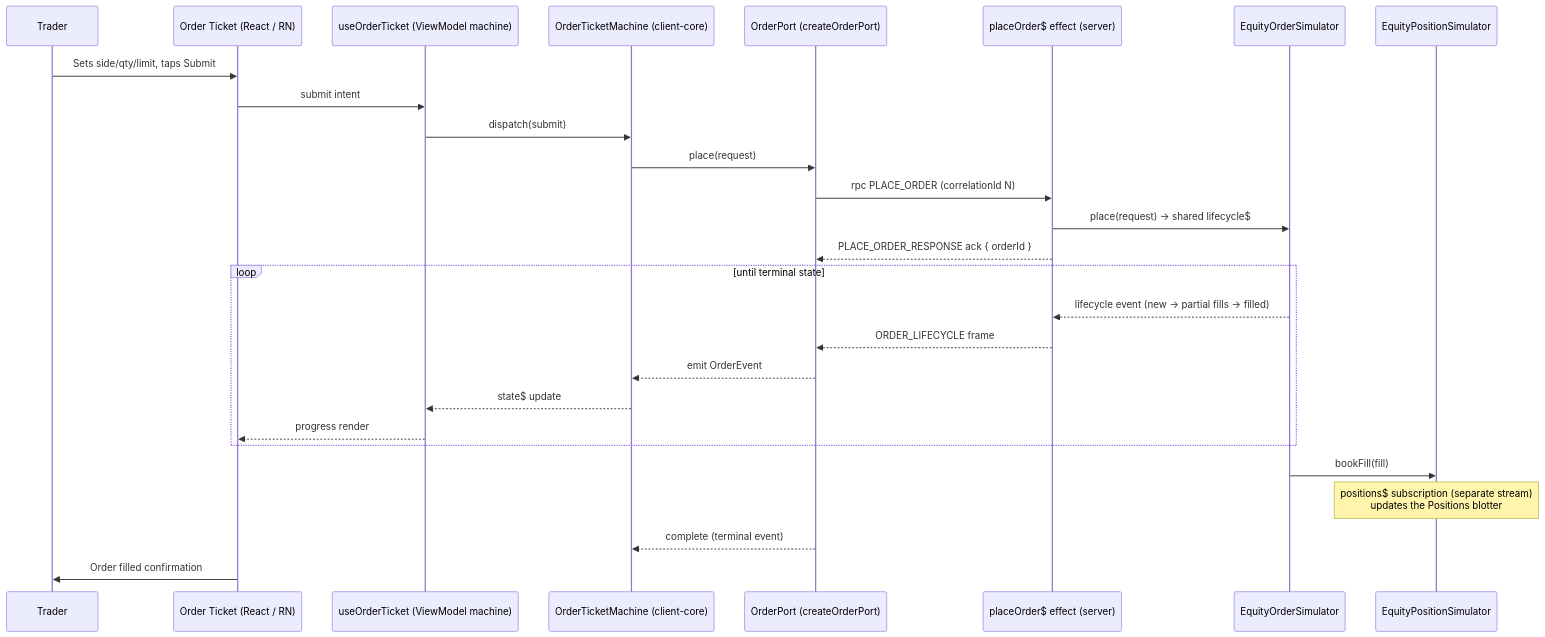
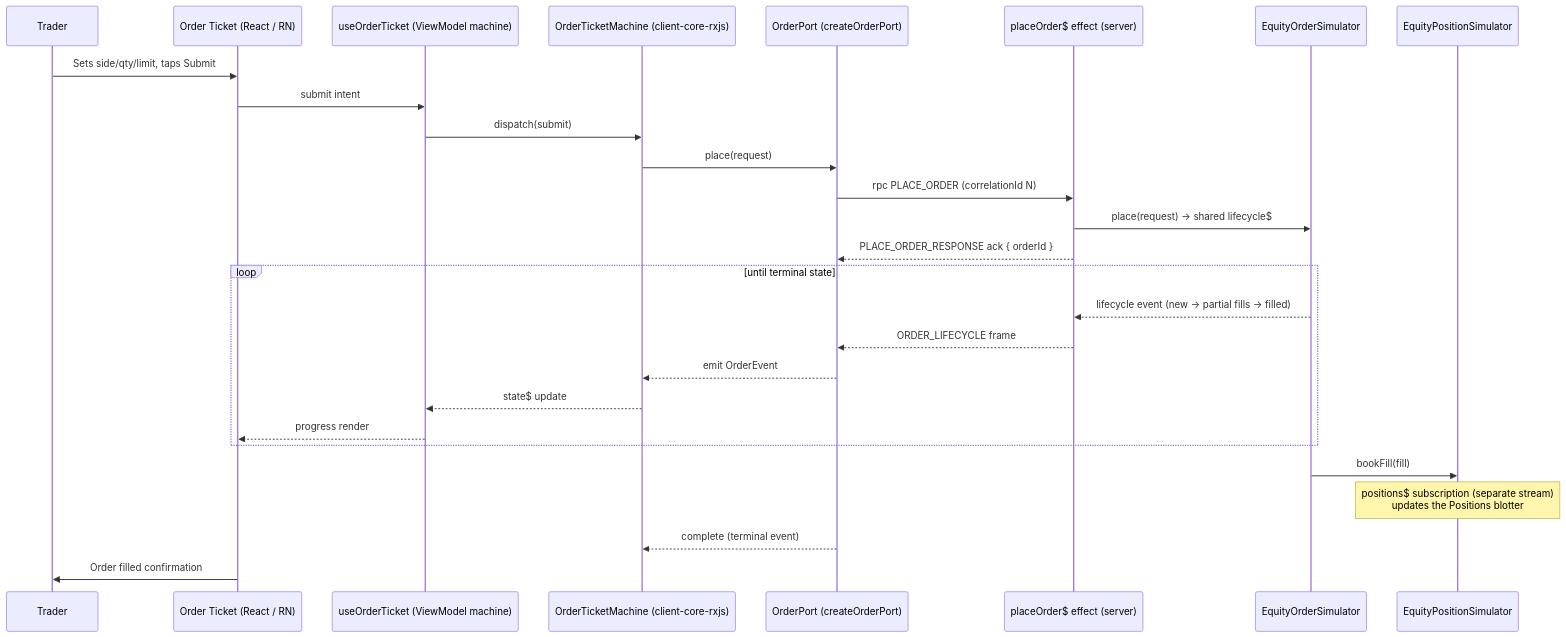
One commit to bettersoftware-io/ReactiveTraderCloudClone changed the fourth of 4 diagrams in docs/architecture/04-sequence-diagrams.md. Above: the diagram before and after it, drawn with Mermaid. The commit also changed other lines of this file and 43 other files, not shown here.

````diff
--- a/docs/architecture/04-sequence-diagrams.md
+++ b/docs/architecture/04-sequence-diagrams.md
@@ -175,30 +175,30 @@
 ```mermaid
 sequenceDiagram
     participant Trader
     participant Ticket as Order Ticket (React / RN)
     participant Hook as useOrderTicket (ViewModel machine)
-    participant Machine as OrderTicketMachine (client-core)
+    participant Machine as OrderTicketMachine (client-core-rxjs)
     participant Port as OrderPort (createOrderPort)
     participant Effect as placeOrder$ effect (server)
     participant OrderSim as EquityOrderSimulator
     participant PosSim as EquityPositionSimulator
 
     Trader->>Ticket: Sets side/qty/limit, taps Submit
     Ticket->>Hook: submit intent
     Hook->>Machine: dispatch(submit)
     Machine->>Port: place(request)
     Port->>Effect: rpc PLACE_ORDER (correlationId N)
     Effect->>OrderSim: place(request) → shared lifecycle$
     Effect-->>Port: PLACE_ORDER_RESPONSE ack { orderId }
     loop until terminal state
         OrderSim-->>Effect: lifecycle event (new → partial fills → filled)
         Effect-->>Port: ORDER_LIFECYCLE frame
         Port-->>Machine: emit OrderEvent
         Machine-->>Hook: state$ update
         Hook-->>Ticket: progress render
     end
     OrderSim->>PosSim: bookFill(fill)
     Note over PosSim: positions$ subscription (separate stream)<br/>updates the Positions blotter
     Port-->>Machine: complete (terminal event)
     Ticket->>Trader: Order filled confirmation
 ```
````
